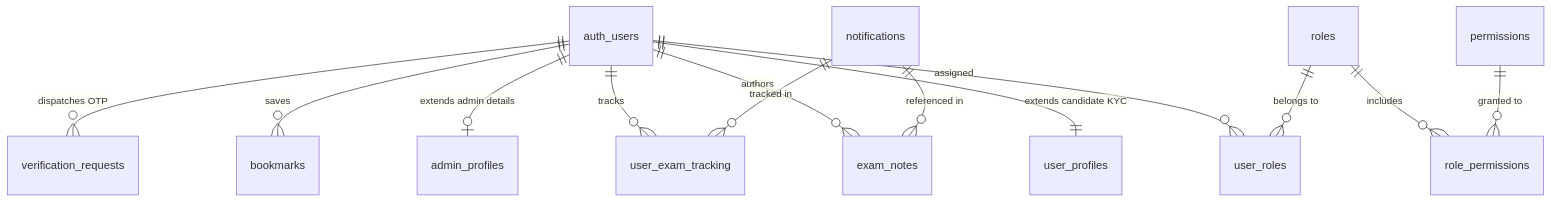
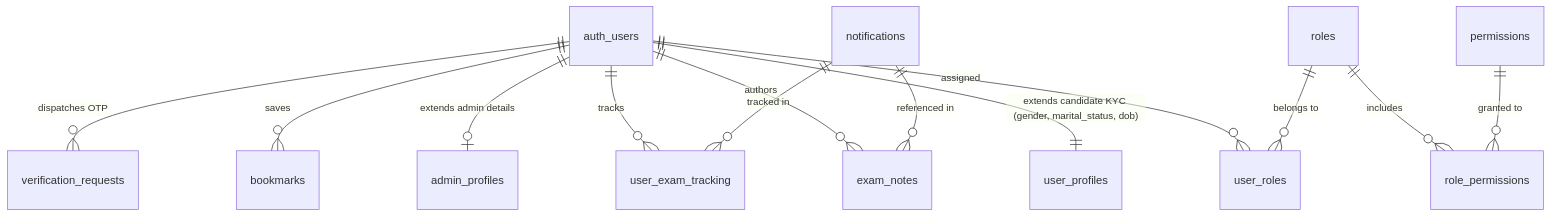
The diagram in .agents/knowledge/architecture/rbac-user-profile-management-design.md (PradeepKSGowda/UpaguruDev), drawn with Mermaid before and after one commit. The commit also changed other lines of this file and 63 other files, not shown here.

````diff
--- a/.agents/knowledge/architecture/rbac-user-profile-management-design.md
+++ b/.agents/knowledge/architecture/rbac-user-profile-management-design.md
@@ -36,17 +36,17 @@
 ```mermaid
 erDiagram
     auth_users ||--o{ user_roles : "assigned"
     roles ||--o{ user_roles : "belongs to"
     roles ||--o{ role_permissions : "includes"
     permissions ||--o{ role_permissions : "granted to"
     
-    auth_users ||--|| user_profiles : "extends candidate KYC"
+    auth_users ||--|| user_profiles : "extends candidate KYC (gender, marital_status, dob)"
     auth_users ||--o| admin_profiles : "extends admin details"
     auth_users ||--o{ bookmarks : "saves"
     auth_users ||--o{ exam_notes : "authors"
     auth_users ||--o{ user_exam_tracking : "tracks"
     auth_users ||--o{ verification_requests : "dispatches OTP"
     
     notifications ||--o{ user_exam_tracking : "tracked in"
     notifications ||--o{ exam_notes : "referenced in"
 ```
````
